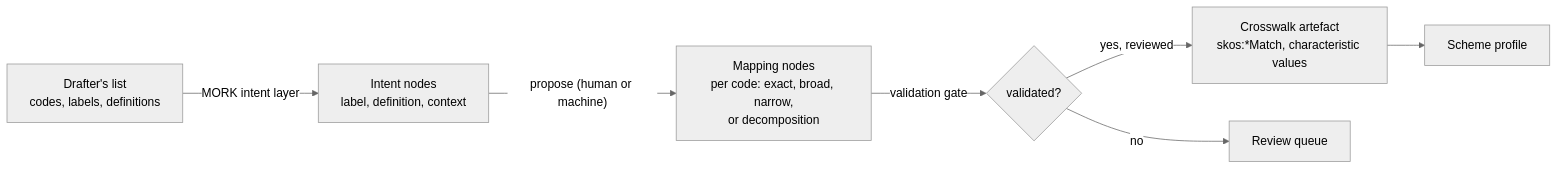
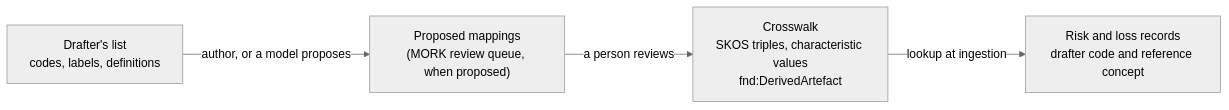
One commit to nebularis/lattice changed the diagram in docs/developer/sketches/mork-bridge.md. Above: the diagram before and after it, drawn with Mermaid (neutral theme). The commit also changed other lines of this file and 20 other files, not shown here.

````diff
--- a/docs/developer/sketches/mork-bridge.md
+++ b/docs/developer/sketches/mork-bridge.md
@@ -122,9 +110,6 @@
 ```mermaid
 flowchart LR
-    SRC["Drafter's list<br/>codes, labels, definitions"] -->|"MORK intent layer"| INT["Intent nodes<br/>label, definition, context"]
-    INT -->|"propose (human or machine)"| MAP["Mapping nodes<br/>per code: exact, broad, narrow,<br/>or decomposition"]
-    MAP -->|"validation gate"| VAL{"validated?"}
-    VAL -->|"yes, reviewed"| ART["Crosswalk artefact<br/>skos:*Match, characteristic values"]
-    VAL -->|"no"| REV["Review queue"]
-    ART --> PROF["Scheme profile"]
+    SRC["Drafter's list<br/>codes, labels, definitions"] -->|"author, or a model proposes"| PROP["Proposed mappings<br/>(MORK review queue, when proposed)"]
+    PROP -->|"a person reviews"| ART["Crosswalk<br/>SKOS triples, characteristic values<br/>fnd:DerivedArtefact"]
+    ART -->|"lookup at ingestion"| ING["Risk and loss records<br/>drafter code and reference concept"]
 ```
````
